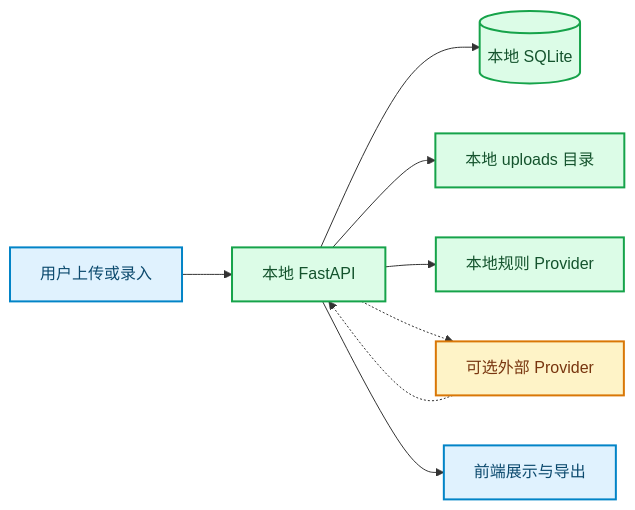
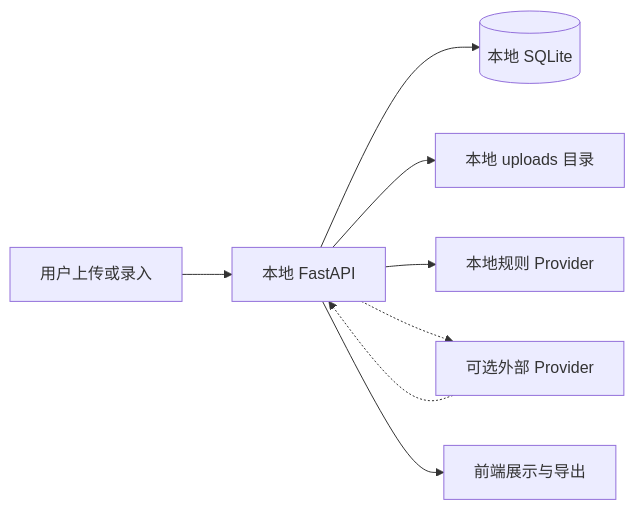
Before and after one commit to qweqwe12382/study-ddl-assistant: the diagram in docs/合规与隐私说明.md, drawn with Mermaid. The commit also changed other lines of this file and 27 other files, not shown here.

````diff
--- a/docs/合规与隐私说明.md
+++ b/docs/合规与隐私说明.md
@@ -25,21 +25,13 @@
 ```mermaid
 flowchart LR
     accTitle: 数据处理边界
     accDescr: 展示用户数据在浏览器、本地后端、本地存储和可选外部模型之间的边界。
 
     user_input["用户上传或录入"] --> local_api["本地 FastAPI"]
     local_api --> local_database[("本地 SQLite")]
     local_api --> local_files["本地 uploads 目录"]
     local_api --> local_provider["本地规则 Provider"]
     local_api -.-> external_provider["可选外部 Provider"]
     external_provider -.-> local_api
     local_api --> browser_output["前端展示与导出"]
-
-    classDef local fill:#dcfce7,stroke:#16a34a,stroke-width:2px,color:#14532d
-    classDef external fill:#fef3c7,stroke:#d97706,stroke-width:2px,color:#78350f
-    classDef user fill:#e0f2fe,stroke:#0284c7,stroke-width:2px,color:#0c4a6e
-
-    class local_api,local_database,local_files,local_provider local
-    class external_provider external
-    class user_input,browser_output user
 ```
````
